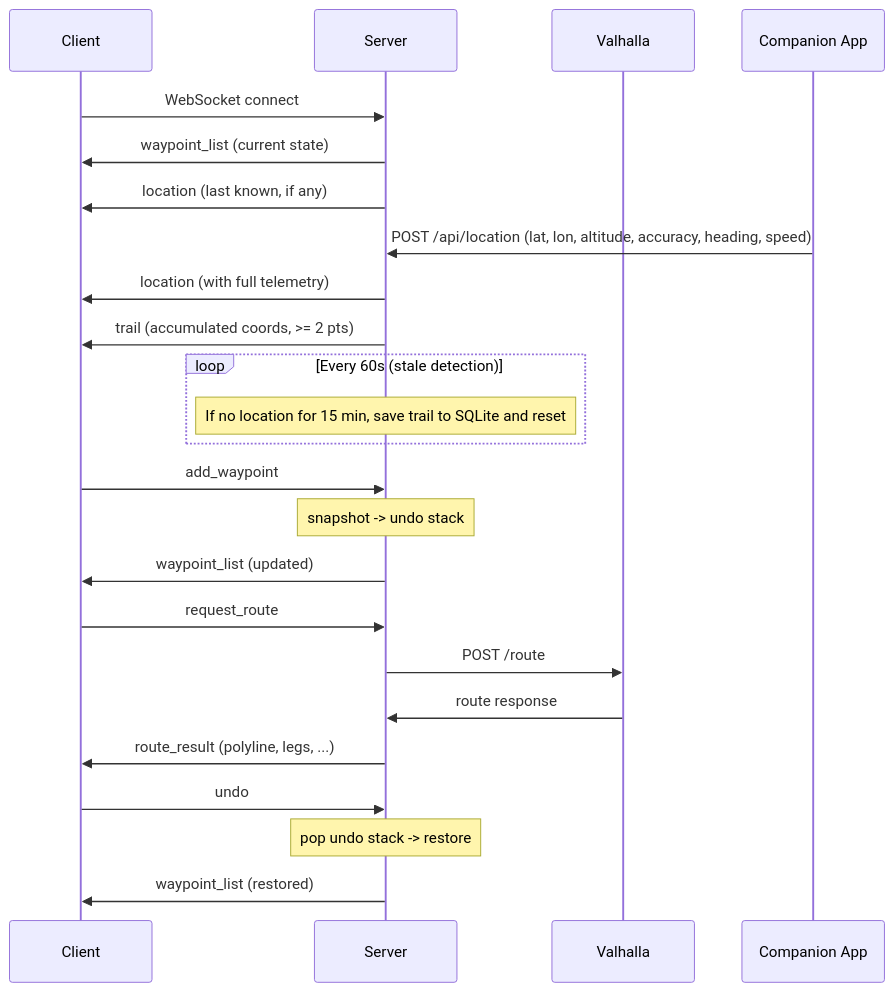
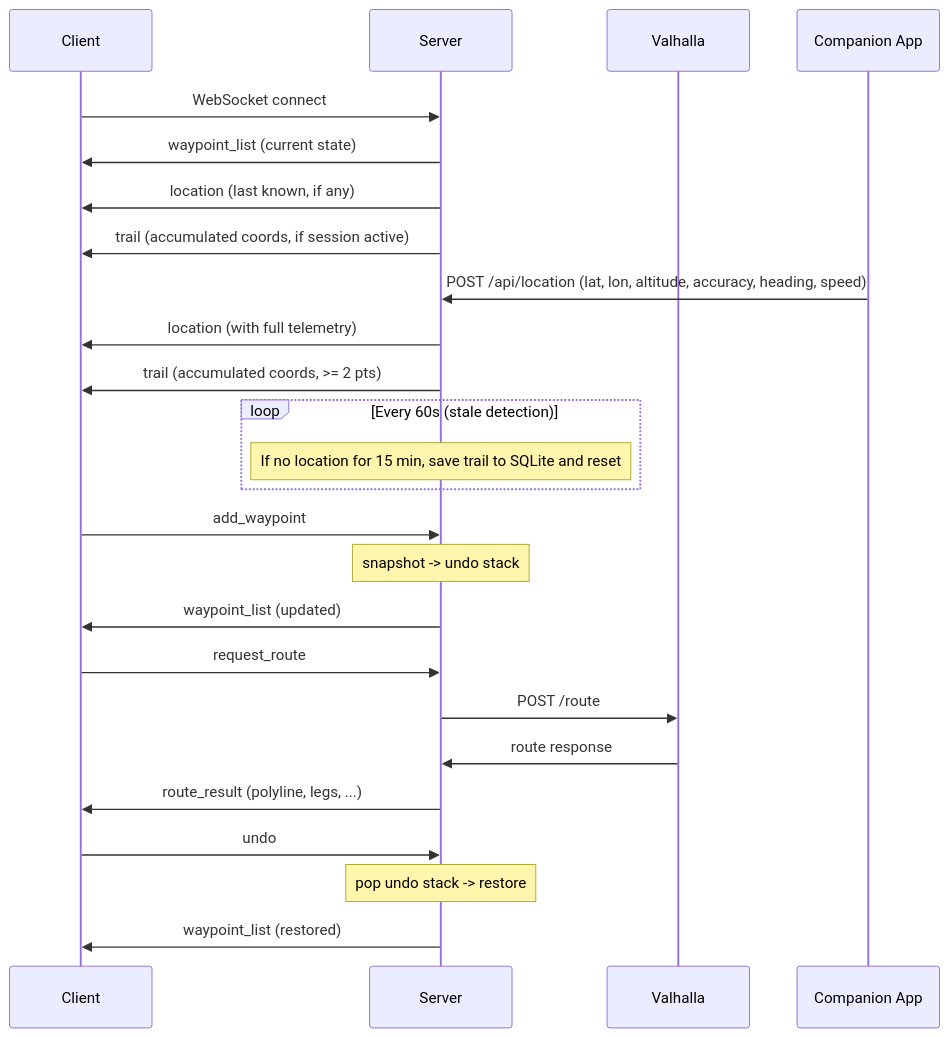
Before and after one commit to sliced-paraiba/katmap: the second of 2 diagrams in ARCHITECTURE.md, drawn with Mermaid. The commit also changed other lines of this file and 2 other files, not shown here.

````diff
--- a/ARCHITECTURE.md
+++ b/ARCHITECTURE.md
@@ -112,31 +120,32 @@
 ```mermaid
 sequenceDiagram
     participant C as Client
     participant S as Server
     participant V as Valhalla
     participant A as Companion App
 
     C->>S: WebSocket connect
     S->>C: waypoint_list (current state)
     S->>C: location (last known, if any)
+    S->>C: trail (accumulated coords, if session active)
 
     A->>S: POST /api/location (lat, lon, altitude, accuracy, heading, speed)
     S->>C: location (with full telemetry)
     S->>C: trail (accumulated coords, >= 2 pts)
 
     loop Every 60s (stale detection)
         Note over S: If no location for 15 min, save trail to SQLite and reset
     end
 
     C->>S: add_waypoint
     Note over S: snapshot -> undo stack
     S->>C: waypoint_list (updated)
     C->>S: request_route
     S->>V: POST /route
     V->>S: route response
     S->>C: route_result (polyline, legs, ...)
 
     C->>S: undo
     Note over S: pop undo stack -> restore
     S->>C: waypoint_list (restored)
 ```
````
